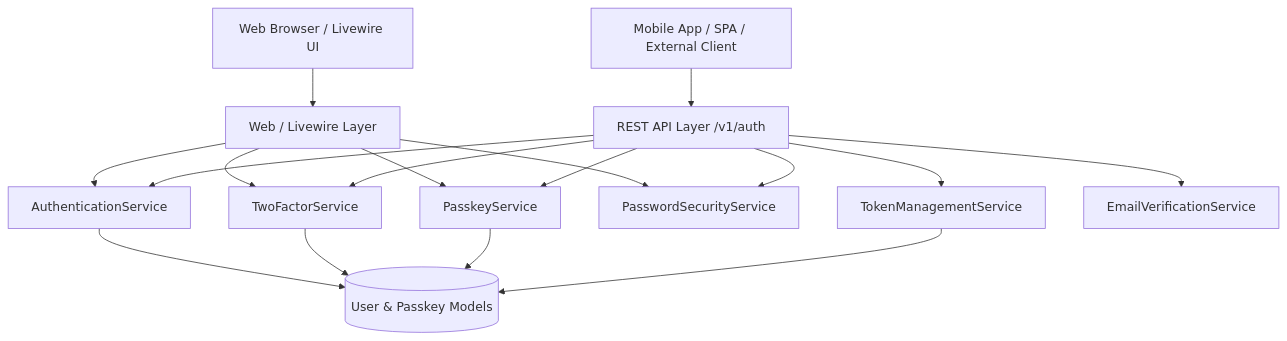
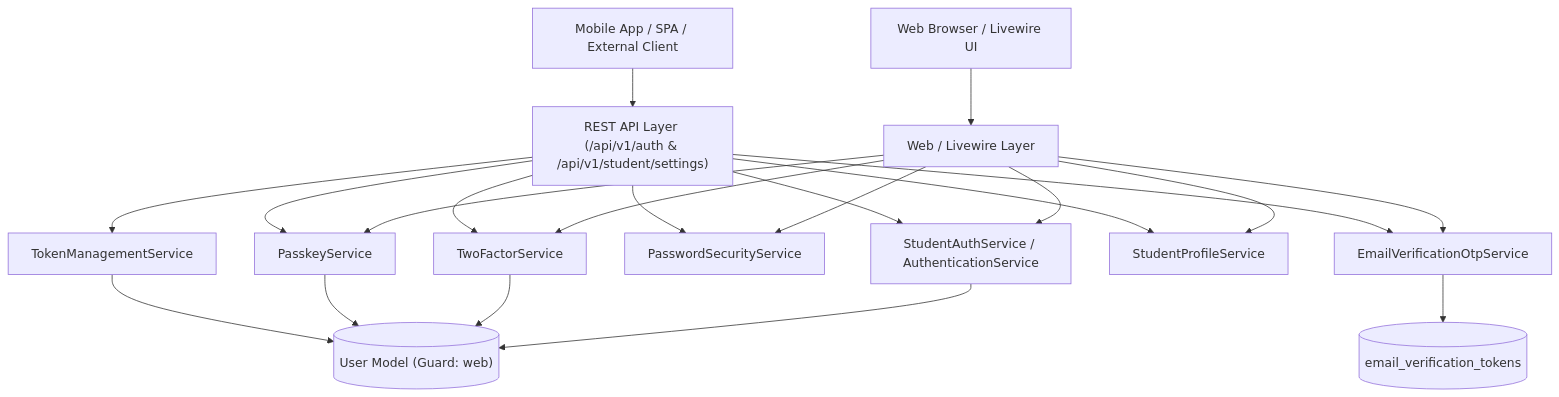
Before and after one commit to Abdogoda/Alameen: the diagram in docs/api/authentication-and-security.md, drawn with Mermaid. The commit also changed other lines of this file and 21 other files, not shown here.

````diff
--- a/docs/api/authentication-and-security.md
+++ b/docs/api/authentication-and-security.md
@@ -11,22 +11,26 @@
 ```mermaid
-graph TD
-    UserWeb[Web Browser / Livewire UI] --> WebController[Web / Livewire Layer]
-    UserClient[Mobile App / SPA / External Client] --> ApiController[REST API Layer /v1/auth]
+flowchart TD
+    UserWeb["Web Browser / Livewire UI"] --> WebController["Web / Livewire Layer"]
+    UserClient["Mobile App / SPA / External Client"] --> ApiController["REST API Layer (/api/v1/auth & /api/v1/student/settings)"]
 
-    WebController --> AuthService[AuthenticationService]
-    WebController --> TwoFactorService[TwoFactorService]
-    WebController --> PasskeyService[PasskeyService]
-    WebController --> PasswordService[PasswordSecurityService]
+    WebController --> AuthService["StudentAuthService / AuthenticationService"]
+    WebController --> TwoFactorService["TwoFactorService"]
+    WebController --> PasskeyService["PasskeyService"]
+    WebController --> PasswordService["PasswordSecurityService"]
+    WebController --> OtpService["EmailVerificationOtpService"]
+    WebController --> ProfileService["StudentProfileService"]
 
     ApiController --> AuthService
     ApiController --> TwoFactorService
     ApiController --> PasskeyService
     ApiController --> PasswordService
-    ApiController --> TokenService[TokenManagementService]
-    ApiController --> EmailService[EmailVerificationService]
+    ApiController --> OtpService
+    ApiController --> ProfileService
+    ApiController --> TokenService["TokenManagementService"]
 
-    AuthService --> UserModel[(User & Passkey Models)]
+    AuthService --> UserModel[("User Model (Guard: web)")]
     TwoFactorService --> UserModel
     PasskeyService --> UserModel
     TokenService --> UserModel
+    OtpService --> OtpTokens[("email_verification_tokens")]
 ```
````
